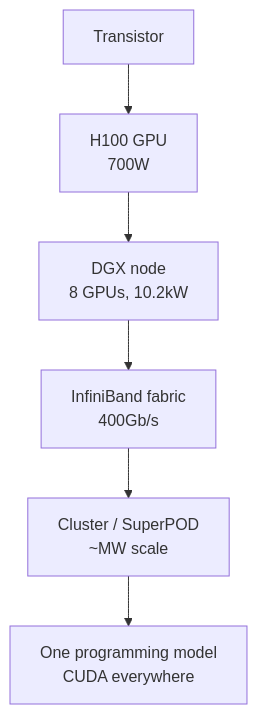
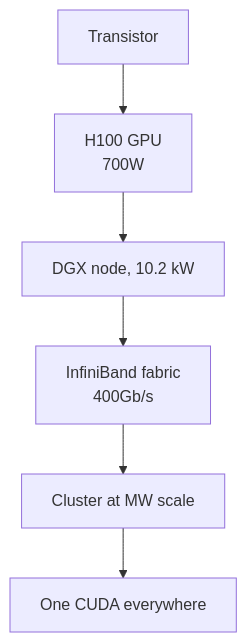
Before and after one commit to jrajath94/ai-podcast-curriculum: the diagram in content/tracks/acquired/ep11-synthesis.md, drawn with Mermaid. The commit also changed other lines of this file, not shown here.

````diff
--- a/content/tracks/acquired/ep11-synthesis.md
+++ b/content/tracks/acquired/ep11-synthesis.md
@@ -126,8 +127,8 @@
 ```mermaid
 graph TD
     A[Transistor] --> B[H100 GPU<br/>700W]
-    B --> C[DGX node<br/>8 GPUs, 10.2kW]
+    B --> C[DGX node, 10.2 kW]
     C --> D[InfiniBand fabric<br/>400Gb/s]
-    D --> E[Cluster / SuperPOD<br/>~MW scale]
-    E --> F[One programming model<br/>CUDA everywhere]
+    D --> E[Cluster at MW scale]
+    E --> F[One CUDA everywhere]
 ```
````
